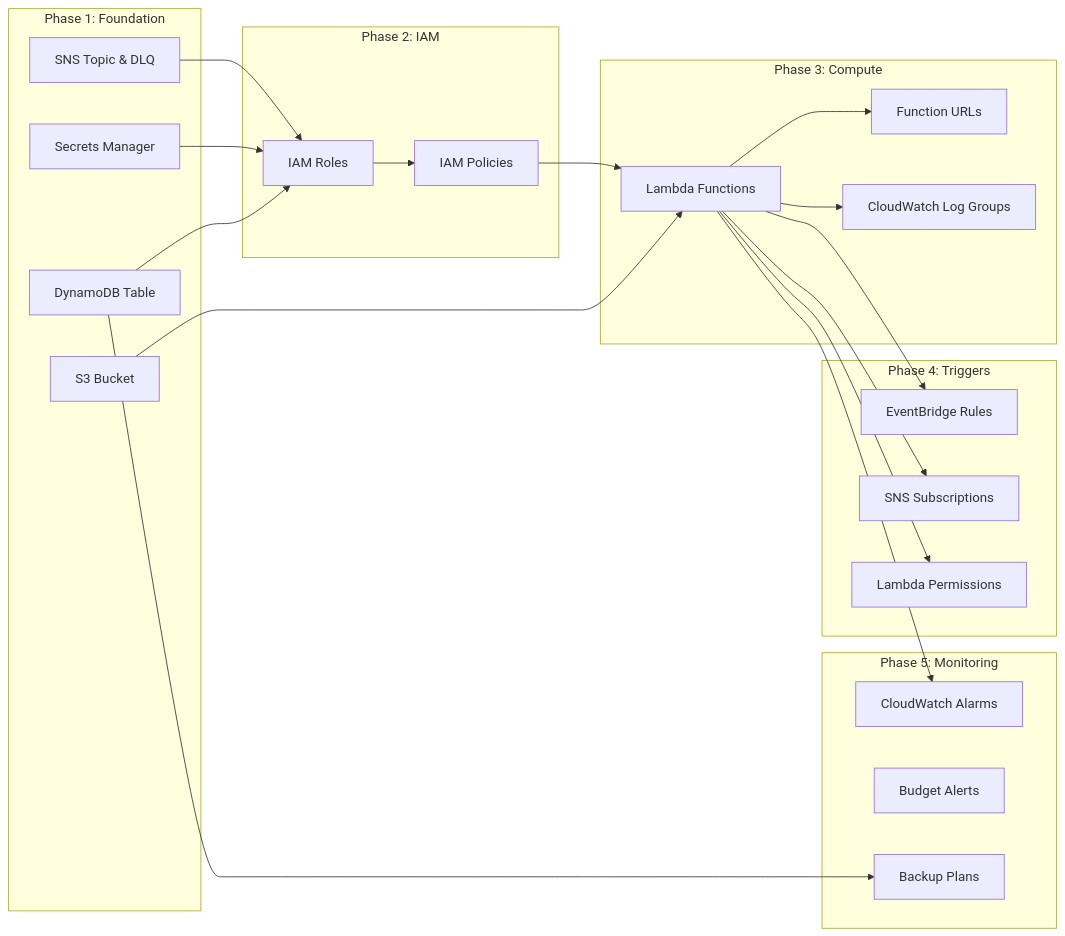
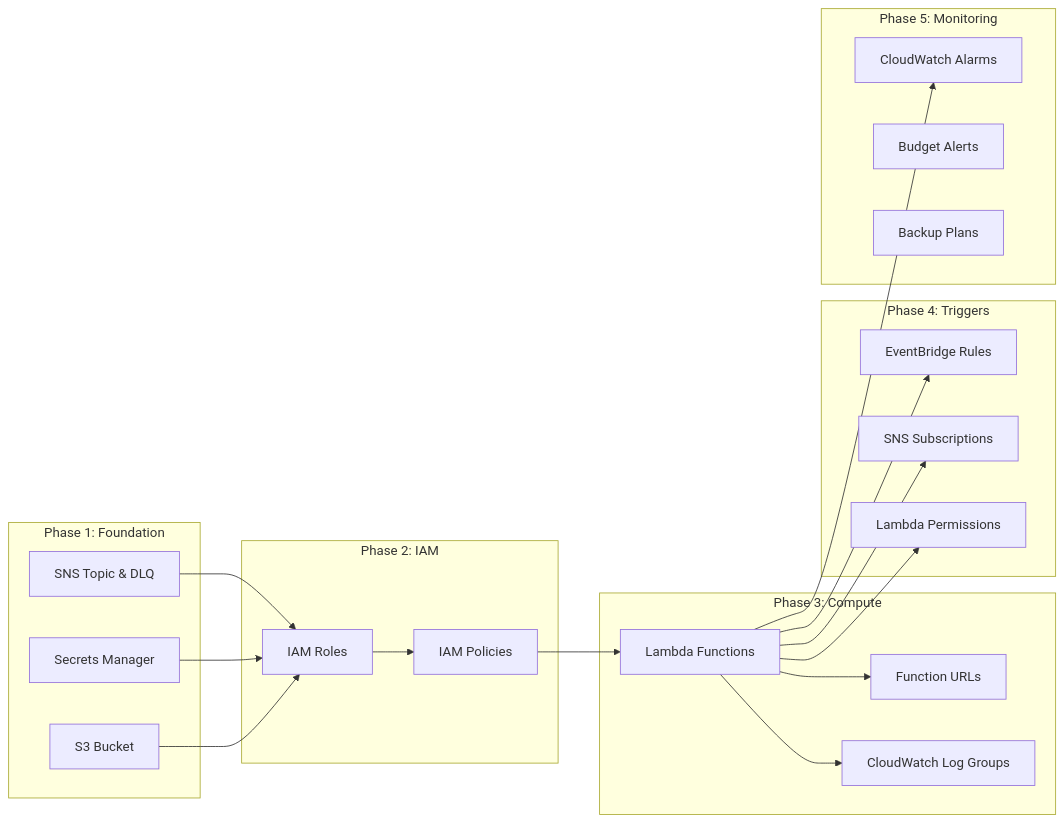
The second of 9 diagrams in docs/TERRAFORM_DEPLOYMENT_FLOW.md (traylorre/sentiment-analyzer-gsk), drawn with Mermaid before and after one commit. The commit also changed other lines of this file and 12 other files, not shown here.

First line of the commit message:
docs: Update all diagrams and documentation for S3 native locking

````diff
--- a/docs/TERRAFORM_DEPLOYMENT_FLOW.md
+++ b/docs/TERRAFORM_DEPLOYMENT_FLOW.md
@@ -47,46 +47,43 @@
 ```mermaid
 flowchart LR
     subgraph "Phase 1: Foundation"
         A[S3 Bucket]
-        B[DynamoDB Table]
-        C[Secrets Manager]
-        D[SNS Topic & DLQ]
+        B[Secrets Manager]
+        C[SNS Topic & DLQ]
     end
 
     subgraph "Phase 2: IAM"
         E[IAM Roles]
         F[IAM Policies]
     end
 
     subgraph "Phase 3: Compute"
         G[Lambda Functions]
         H[Function URLs]
         I[CloudWatch Log Groups]
     end
 
     subgraph "Phase 4: Triggers"
         J[EventBridge Rules]
         K[SNS Subscriptions]
         L[Lambda Permissions]
     end
 
     subgraph "Phase 5: Monitoring"
         M[CloudWatch Alarms]
         N[Budget Alerts]
         O[Backup Plans]
     end
 
-    A --> G
+    A --> E
     B --> E
     C --> E
-    D --> E
     E --> F
     F --> G
     G --> H
     G --> I
     G --> J
     G --> K
     G --> L
     G --> M
-    B --> O
 ```
````
